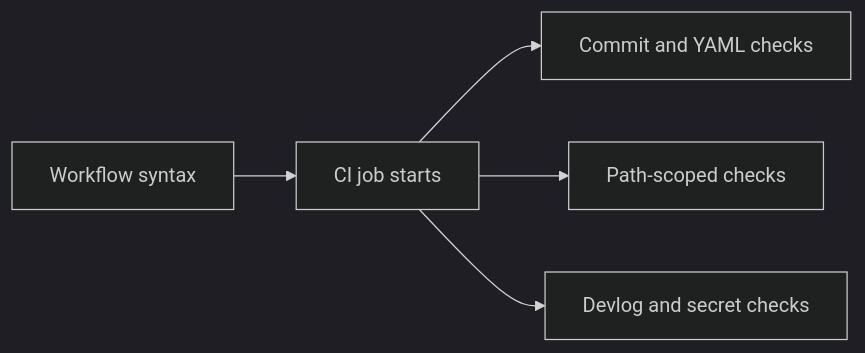
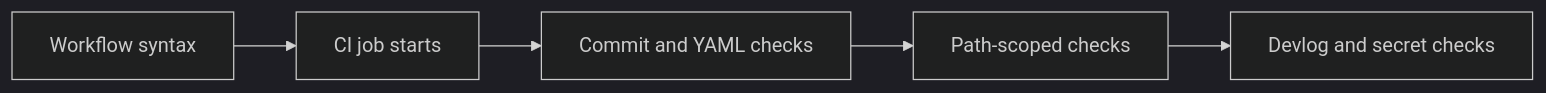
One commit to thanhdu-hcmus/minishop-k8s changed the diagram in docs/troubleshooting.md. Above: the diagram before and after it, drawn with Mermaid (dark theme).

Commit message:
docs(troubleshooting): preserve validation flow

````diff
--- a/docs/troubleshooting.md
+++ b/docs/troubleshooting.md
@@ -28,7 +28,7 @@
 ```mermaid
 flowchart LR
   A[Workflow syntax] --> B[CI job starts]
   B --> C[Commit and YAML checks]
-  B --> D[Path-scoped checks]
-  B --> E[Devlog and secret checks]
+  C --> D[Path-scoped checks]
+  D --> E[Devlog and secret checks]
 ```
````
